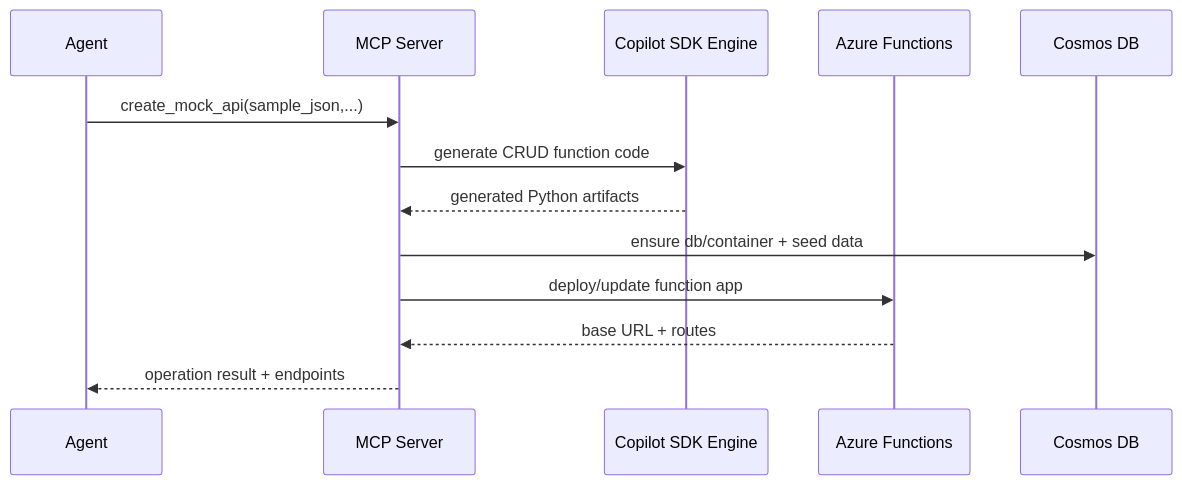
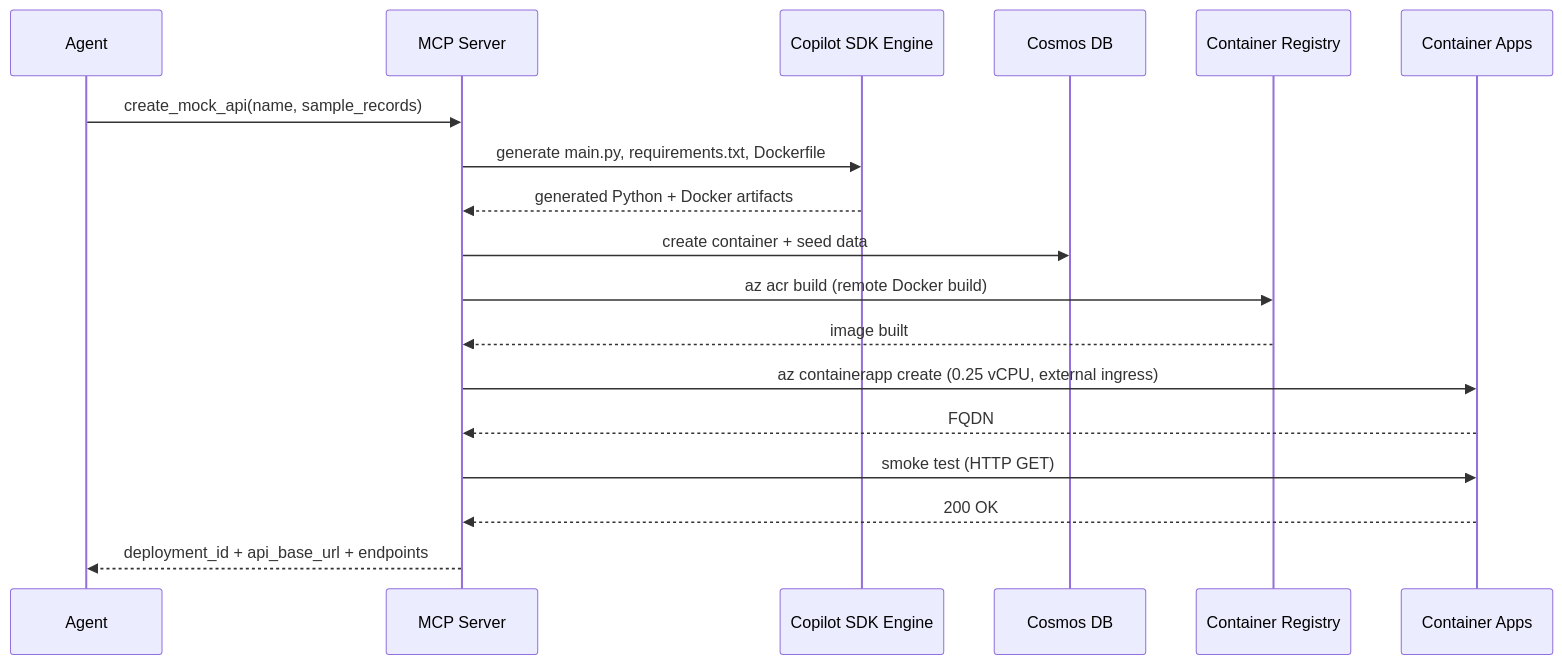
One commit to tkubica12/agentic-component-factory changed the diagram in ARCHITECTURE.md. Above: the diagram before and after it, drawn with Mermaid. The commit also changed other lines of this file and 21 other files, not shown here.

Commit message:
base api mock MCP server

````diff
--- a/ARCHITECTURE.md
+++ b/ARCHITECTURE.md
@@ -176,16 +210,21 @@
 ```mermaid
 sequenceDiagram
     participant Agent
     participant MCP as MCP Server
     participant Gen as Copilot SDK Engine
-    participant Func as Azure Functions
     participant Cosmos as Cosmos DB
+    participant ACR as Container Registry
+    participant ACA as Container Apps
 
-    Agent->>MCP: create_mock_api(sample_json,...)
-    MCP->>Gen: generate CRUD function code
-    Gen-->>MCP: generated Python artifacts
-    MCP->>Cosmos: ensure db/container + seed data
-    MCP->>Func: deploy/update function app
-    Func-->>MCP: base URL + routes
-    MCP-->>Agent: operation result + endpoints
+    Agent->>MCP: create_mock_api(name, sample_records)
+    MCP->>Gen: generate main.py, requirements.txt, Dockerfile
+    Gen-->>MCP: generated Python + Docker artifacts
+    MCP->>Cosmos: create container + seed data
+    MCP->>ACR: az acr build (remote Docker build)
+    ACR-->>MCP: image built
+    MCP->>ACA: az containerapp create (0.25 vCPU, external ingress)
+    ACA-->>MCP: FQDN
+    MCP->>ACA: smoke test (HTTP GET)
+    ACA-->>MCP: 200 OK
+    MCP-->>Agent: deployment_id + api_base_url + endpoints
 ```
````
